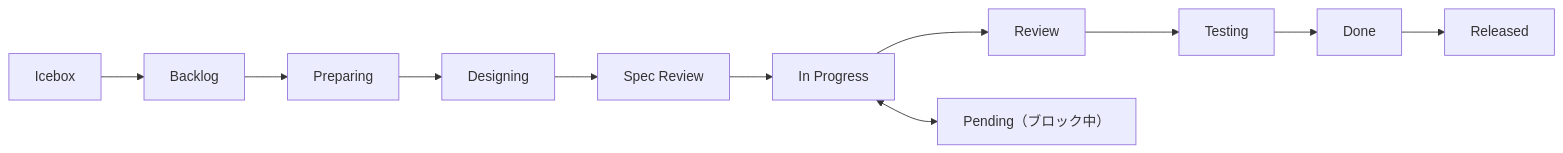
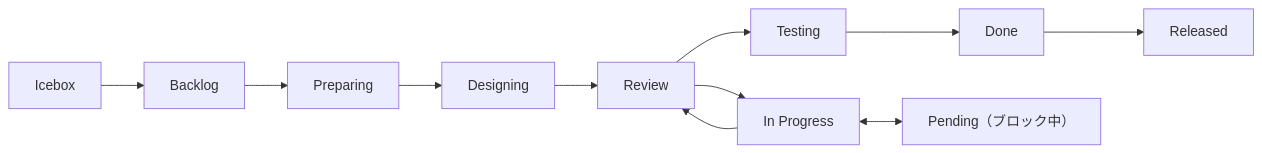
The diagram in shirokuma-skills-ja/skills/managing-github-items/reference/github-operations.md (ShirokumaLibrary/shirokuma-plugins), drawn with Mermaid before and after one commit. The commit also changed other lines of this file and 51 other files, not shown here.

````diff
--- a/shirokuma-skills-ja/skills/managing-github-items/reference/github-operations.md
+++ b/shirokuma-skills-ja/skills/managing-github-items/reference/github-operations.md
@@ -186,6 +186,6 @@
 ```mermaid
 graph LR
-  Icebox --> Backlog --> Preparing --> Designing --> SpecReview[Spec Review] --> InProgress[In Progress]
+  Icebox --> Backlog --> Preparing --> Designing --> Review --> InProgress[In Progress]
   InProgress --> Review --> Testing --> Done --> Released
   InProgress <--> Pending["Pending（ブロック中）"]
 ```
````
